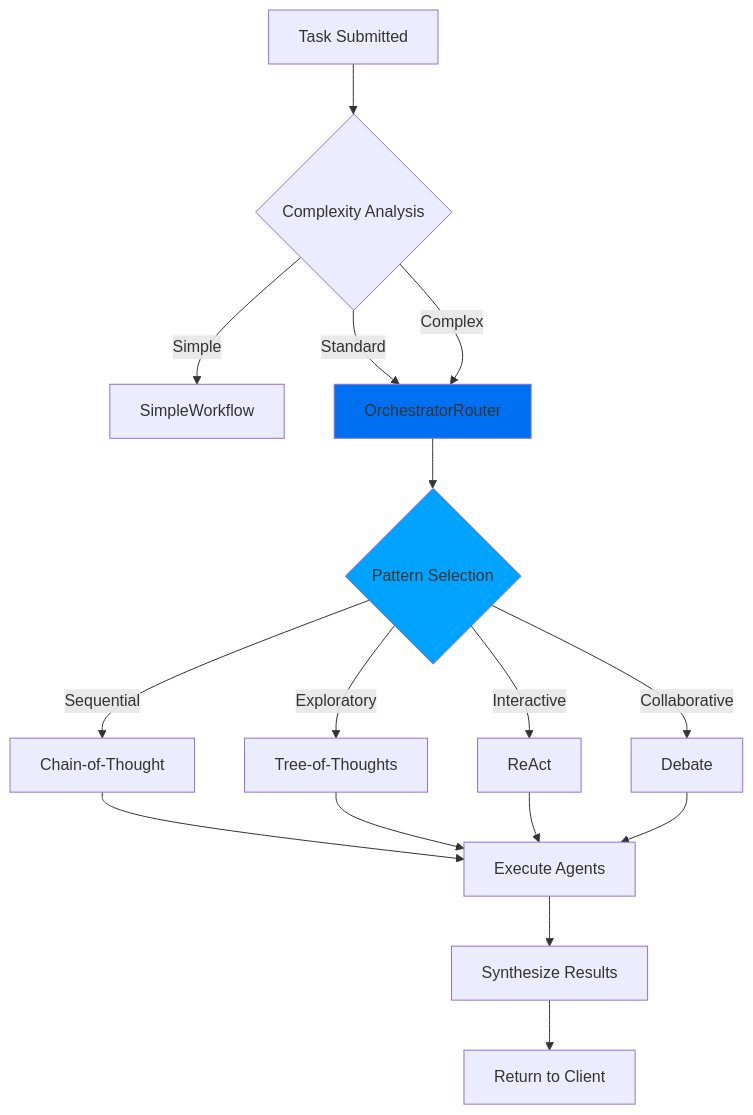
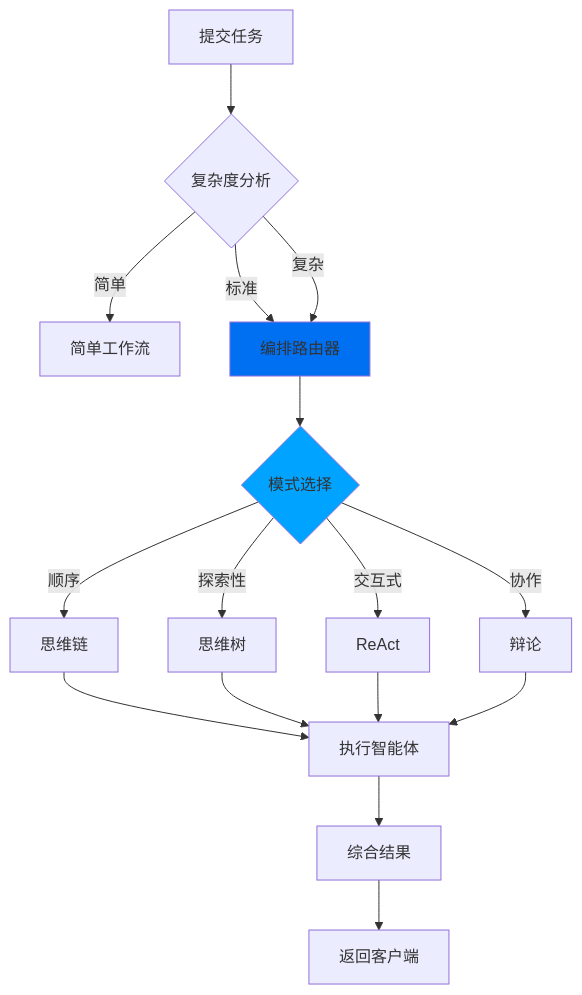
One commit to Kocoro-lab/Shannon-docs changed the first of 2 diagrams in cn/quickstart/concepts/workflows.mdx. Above: the diagram before and after it, drawn with Mermaid. The commit also changed other lines of this file and 4 other files, not shown here.

````diff
--- a/cn/quickstart/concepts/workflows.mdx
+++ b/cn/quickstart/concepts/workflows.mdx
@@ -25,24 +17,24 @@
 ```mermaid
 graph TD
-    A[Task Submitted] --> B{Complexity Analysis}
-    B -->|Simple| C[SimpleWorkflow]
-    B -->|Standard| D[OrchestratorRouter]
-    B -->|Complex| D
+    A[提交任务] --> B{复杂度分析}
+    B -->|简单| C[简单工作流]
+    B -->|标准| D[编排路由器]
+    B -->|复杂| D
 
-    D --> E{Pattern Selection}
-    E -->|Sequential| F[Chain-of-Thought]
-    E -->|Exploratory| G[Tree-of-Thoughts]
-    E -->|Interactive| H[ReAct]
-    E -->|Collaborative| I[Debate]
+    D --> E{模式选择}
+    E -->|顺序| F[思维链]
+    E -->|探索性| G[思维树]
+    E -->|交互式| H[ReAct]
+    E -->|协作| I[辩论]
 
-    F --> J[Execute Agents]
+    F --> J[执行智能体]
     G --> J
     H --> J
     I --> J
 
-    J --> K[Synthesize Results]
-    K --> L[Return to Client]
+    J --> K[综合结果]
+    K --> L[返回客户端]
 
     style D fill:#0070F3
     style E fill:#00A3FF
 ```
````
